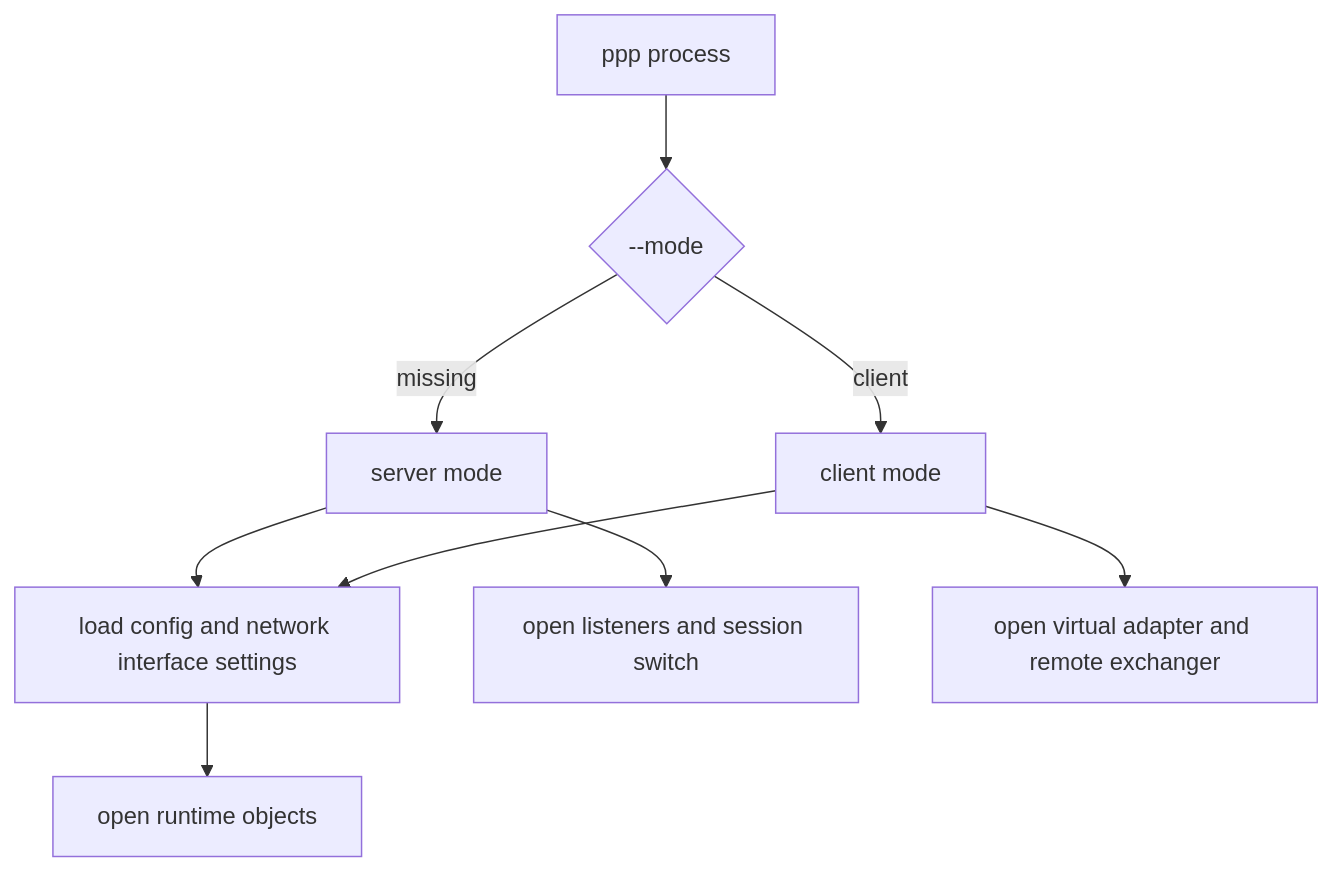
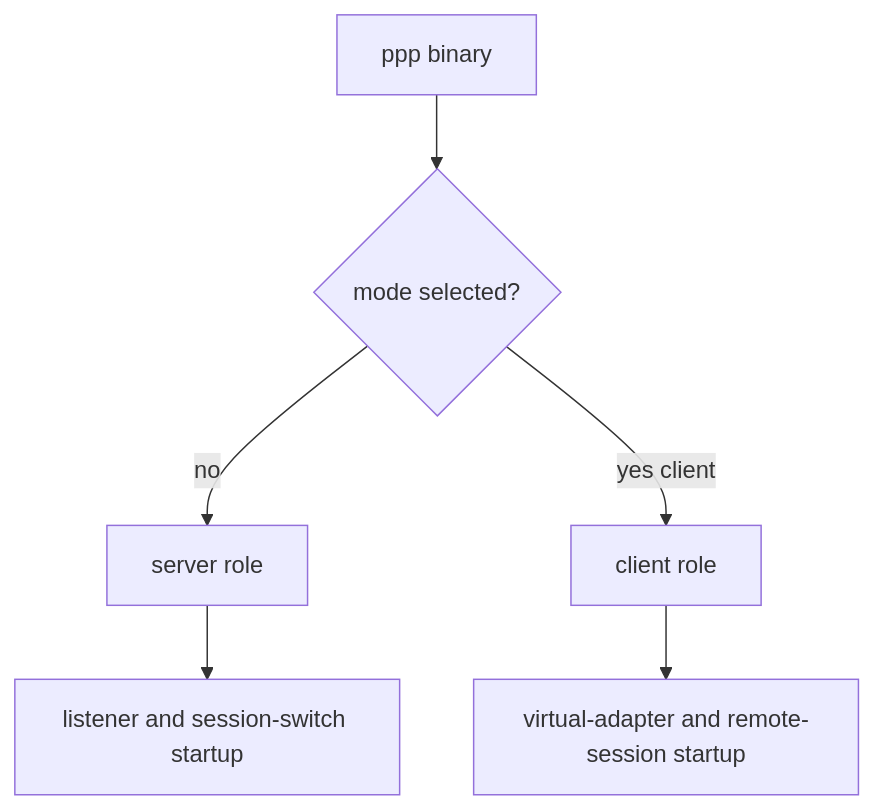
The first of 4 diagrams in docs/USER_MANUAL.md (HyacinthHaru/openppp2), drawn with Mermaid before and after one commit. The commit also changed other lines of this file and 4 other files, not shown here.

````diff
--- a/docs/USER_MANUAL.md
+++ b/docs/USER_MANUAL.md
@@ -20,11 +51,8 @@
 ```mermaid
 flowchart TD
-    A[ppp process] --> B{--mode}
-    B -->|missing| C[server mode]
-    B -->|client| D[client mode]
-    C --> E[load config and network interface settings]
-    D --> E
-    E --> F[open runtime objects]
-    C --> G[open listeners and session switch]
-    D --> H[open virtual adapter and remote exchanger]
+    A[ppp binary] --> B{mode selected?}
+    B -->|no| C[server role]
+    B -->|yes client| D[client role]
+    C --> E[listener and session-switch startup]
+    D --> F[virtual-adapter and remote-session startup]
 ```
````
